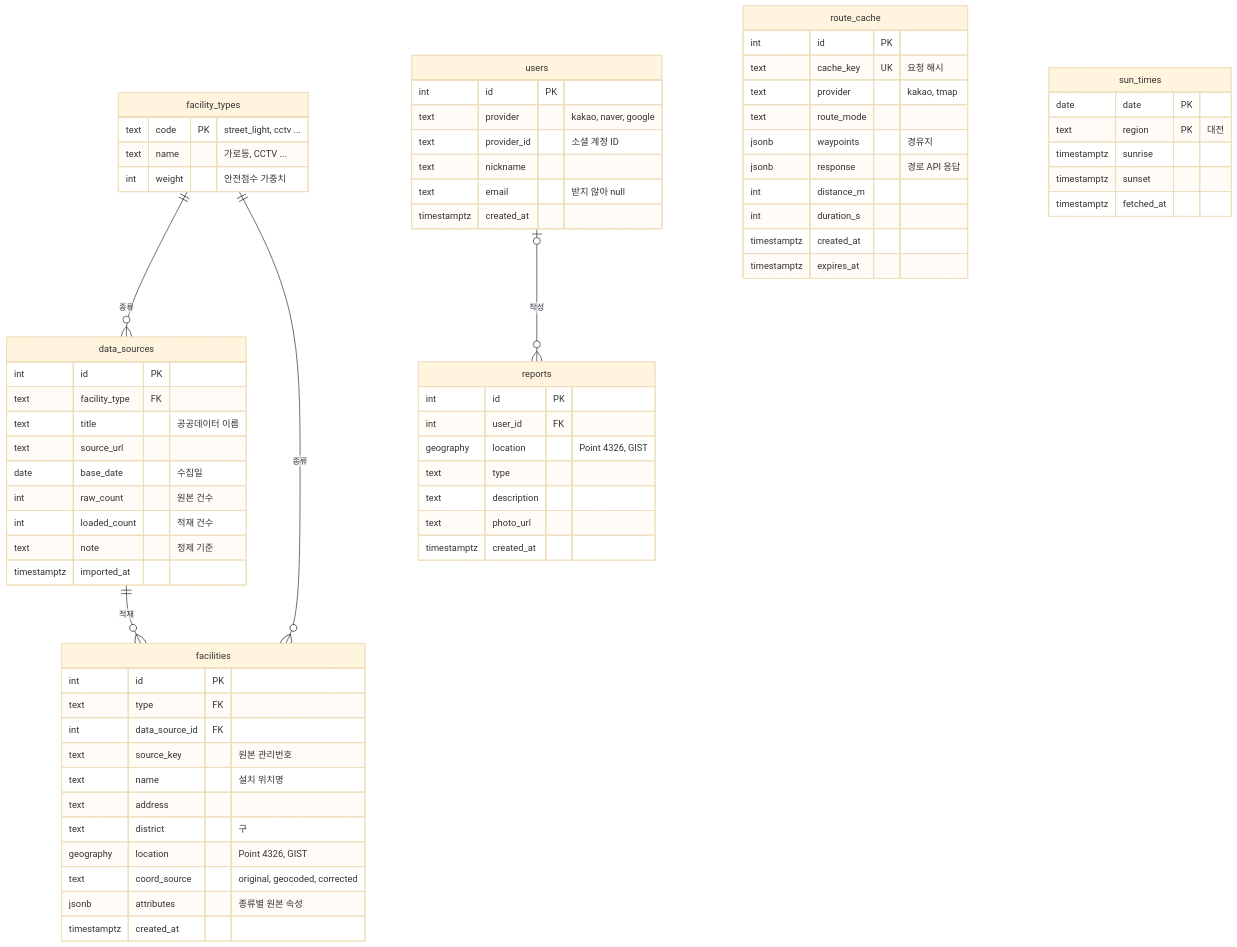
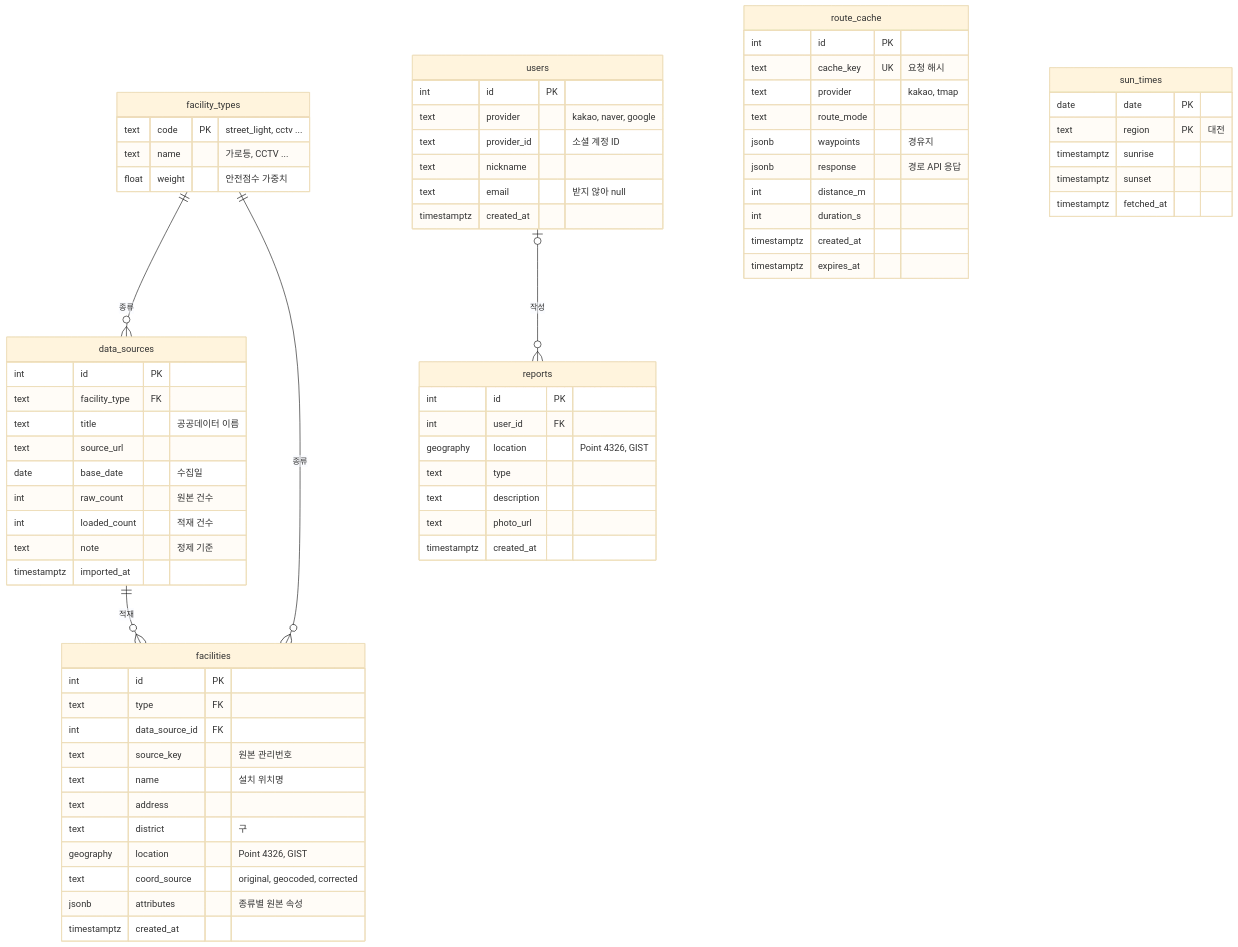
One commit to wjxor/deungdae changed the diagram in docs/ERD.md. Above: the diagram before and after it, drawn with Mermaid (base theme). The commit also changed other lines of this file and 14 other files, not shown here.

````diff
--- a/docs/ERD.md
+++ b/docs/ERD.md
@@ -10,73 +10,73 @@
 ```mermaid
 erDiagram
     facility_types ||--o{ data_sources : "종류"
     facility_types ||--o{ facilities : "종류"
     data_sources ||--o{ facilities : "적재"
     users |o--o{ reports : "작성"
 
     facility_types {
         text code PK "street_light, cctv ..."
         text name "가로등, CCTV ..."
-        int weight "안전점수 가중치"
+        float weight "안전점수 가중치"
     }
     data_sources {
         int id PK
         text facility_type FK
         text title "공공데이터 이름"
         text source_url
         date base_date "수집일"
         int raw_count "원본 건수"
         int loaded_count "적재 건수"
         text note "정제 기준"
         timestamptz imported_at
     }
     facilities {
         int id PK
         text type FK
         int data_source_id FK
         text source_key "원본 관리번호"
         text name "설치 위치명"
         text address
         text district "구"
         geography location "Point 4326, GIST"
         text coord_source "original, geocoded, corrected"
         jsonb attributes "종류별 원본 속성"
         timestamptz created_at
     }
     route_cache {
         int id PK
         text cache_key UK "요청 해시"
         text provider "kakao, tmap"
         text route_mode
         jsonb waypoints "경유지"
         jsonb response "경로 API 응답"
         int distance_m
         int duration_s
         timestamptz created_at
         timestamptz expires_at
     }
     sun_times {
         date date PK
         text region PK "대전"
         timestamptz sunrise
         timestamptz sunset
         timestamptz fetched_at
     }
     users {
         int id PK
         text provider "kakao, naver, google"
         text provider_id "소셜 계정 ID"
         text nickname
         text email "받지 않아 null"
         timestamptz created_at
     }
     reports {
         int id PK
         int user_id FK
         geography location "Point 4326, GIST"
         text type
         text description
         text photo_url
         timestamptz created_at
     }
 ```
````
